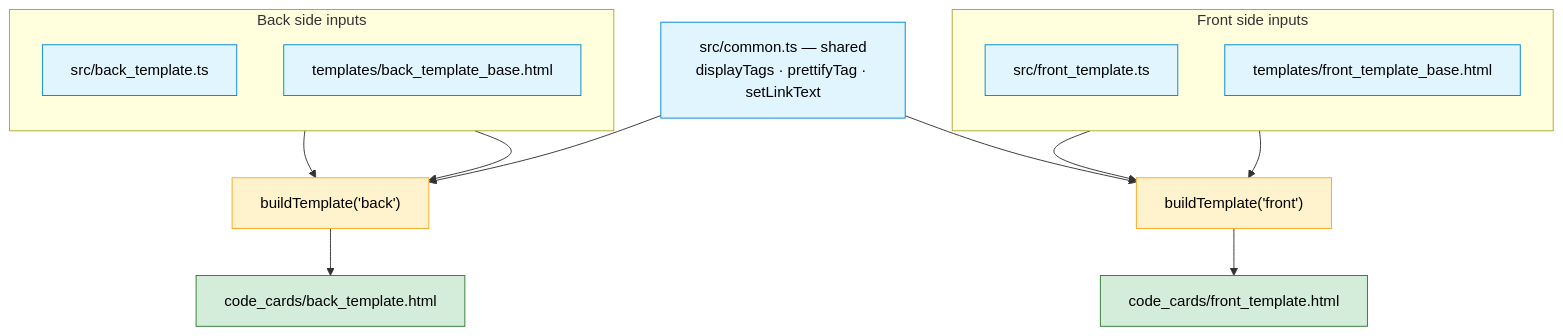
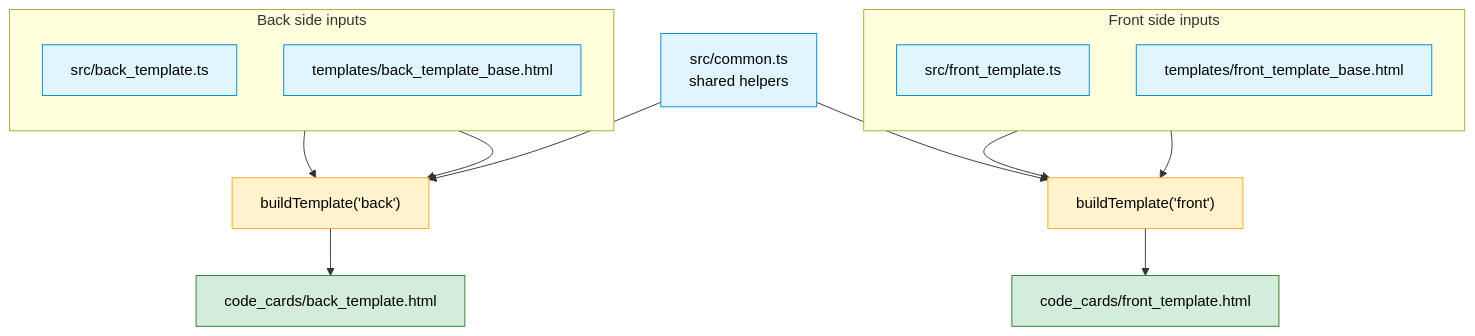
The first of 2 diagrams in documentation/architecture-diagrams/03-module-structure.md (muhsinali/anki_templates), drawn with Mermaid before and after one commit. The commit also changed other lines of this file and 16 other files, not shown here.

````diff
--- a/documentation/architecture-diagrams/03-module-structure.md
+++ b/documentation/architecture-diagrams/03-module-structure.md
@@ -18,37 +18,43 @@
 ```mermaid
 flowchart TB
-    COMMON["src/common.ts — shared<br/>displayTags · prettifyTag · setLinkText"]
+    shared_logic["src/common.ts<br/>shared helpers"]
 
-    subgraph frontside["Front side inputs"]
+    subgraph front_side["Front side inputs"]
         direction TB
-        FRONT["src/front_template.ts"]
-        FBASE["templates/front_template_base.html"]
+        front_logic["src/front_template.ts"]
+        front_base["templates/front_template_base.html"]
     end
 
-    subgraph backside["Back side inputs"]
+    subgraph back_side["Back side inputs"]
         direction TB
-        BACK["src/back_template.ts"]
-        BBASE["templates/back_template_base.html"]
+        back_logic["src/back_template.ts"]
+        back_base["templates/back_template_base.html"]
     end
 
-    BF["buildTemplate('front')"]
-    BB["buildTemplate('back')"]
-    OFRONT["code_cards/front_template.html"]
-    OBACK["code_cards/back_template.html"]
+    front_build["buildTemplate('front')"]
+    back_build["buildTemplate('back')"]
+    front_output["code_cards/front_template.html"]
+    back_output["code_cards/back_template.html"]
 
-    COMMON --> BF
-    COMMON --> BB
-    FRONT --> BF
-    FBASE --> BF
-    BACK --> BB
-    BBASE --> BB
-    BF --> OFRONT
-    BB --> OBACK
+    %% Shared helpers feed both generated cards.
+    shared_logic --> front_build
+    shared_logic --> back_build
 
-    classDef srcCls fill:#e1f5ff,stroke:#0288d1,color:#000;
-    classDef buildCls fill:#fff3cd,stroke:#f9a825,color:#000;
-    classDef outCls fill:#d4edda,stroke:#2e7d32,color:#000;
-    class COMMON,FRONT,FBASE,BACK,BBASE srcCls;
-    class BF,BB buildCls;
-    class OFRONT,OBACK outCls;
+    %% Side-specific inputs.
+    front_logic --> front_build
+    front_base --> front_build
+    back_logic --> back_build
+    back_base --> back_build
+
+    %% Generated Anki templates.
+    front_build --> front_output
+    back_build --> back_output
+
+    classDef source fill:#e1f5ff,stroke:#0288d1,color:#000;
+    classDef build fill:#fff3cd,stroke:#f9a825,color:#000;
+    classDef output fill:#d4edda,stroke:#2e7d32,color:#000;
+
+    class shared_logic,front_logic,front_base,back_logic,back_base source;
+    class front_build,back_build build;
+    class front_output,back_output output;
 ```
````
